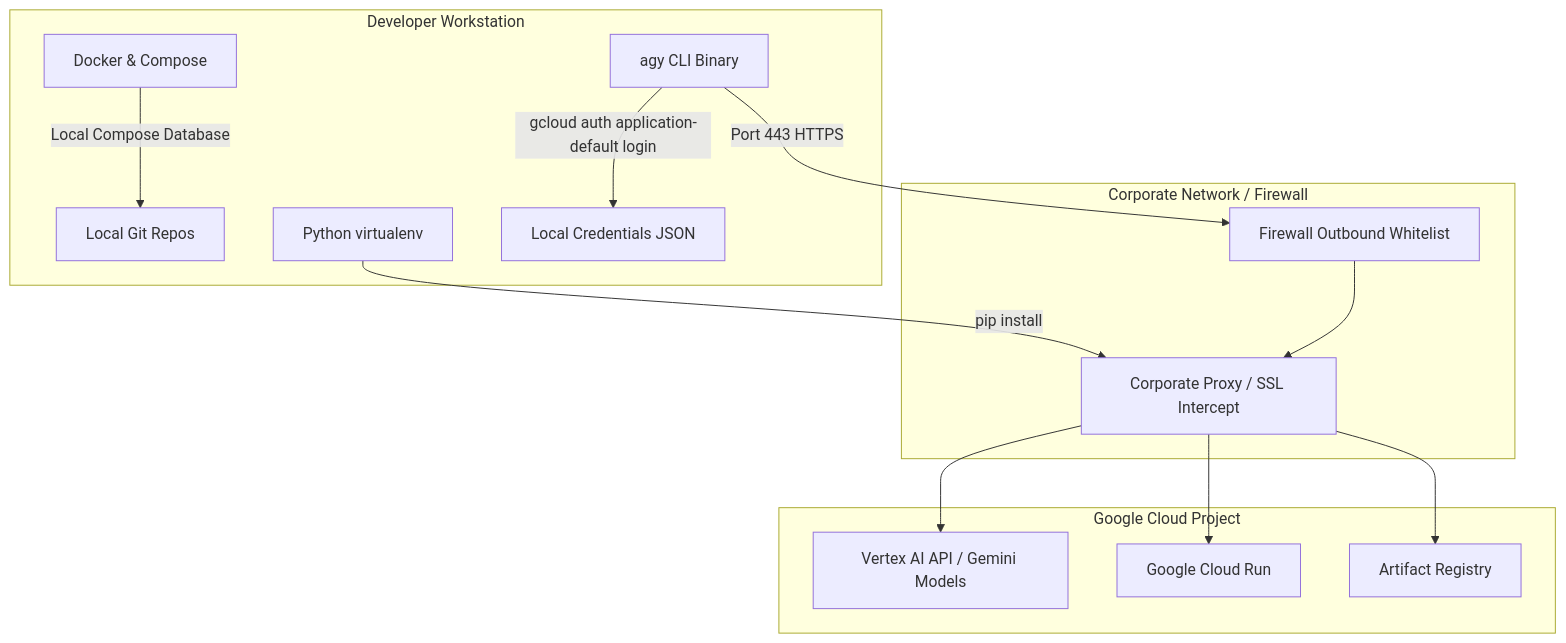
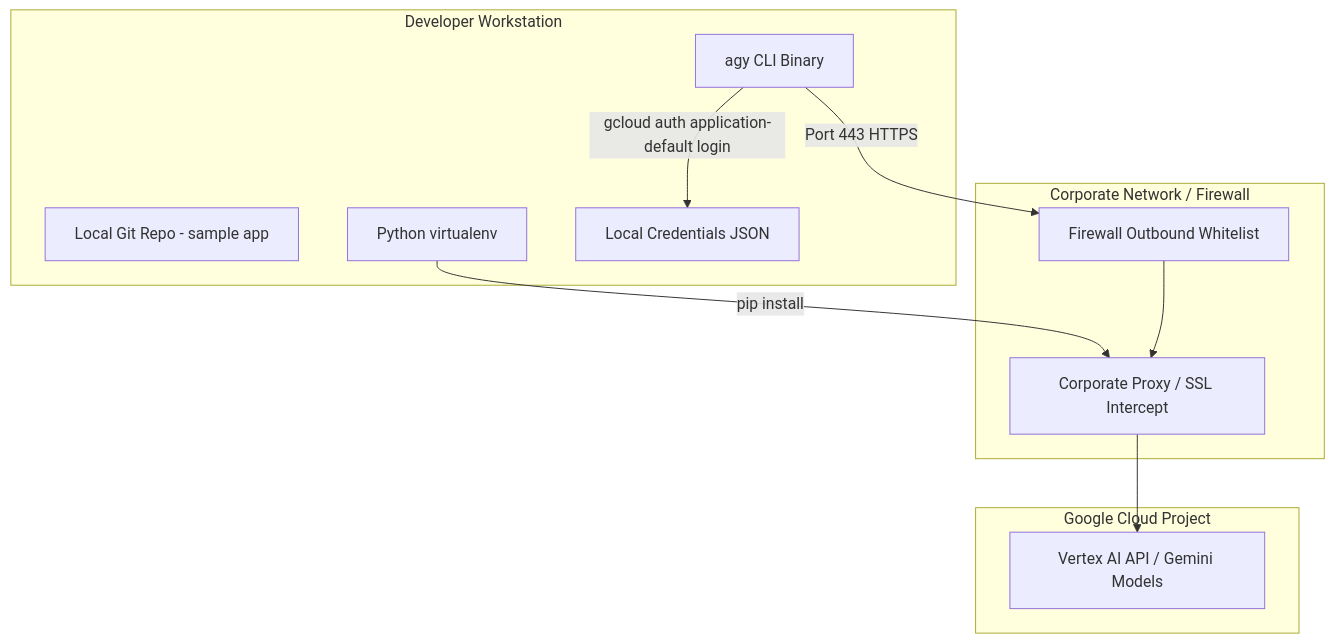
One commit to carlosmscabral/agy-cli-field-workshop changed the diagram in docs/setup-enterprise-admin.md. Above: the diagram before and after it, drawn with Mermaid. The commit also changed other lines of this file and 11 other files, not shown here.

First line of the commit message:
docs: single-repo onboarding — attendees clone only agy-sample-app (#22)

````diff
--- a/docs/setup-enterprise-admin.md
+++ b/docs/setup-enterprise-admin.md
@@ -11,30 +11,24 @@
 ```mermaid
 graph TD
     subgraph Google Cloud Project
         Vertex[Vertex AI API / Gemini Models]
-        CR[Google Cloud Run]
-        AR[Artifact Registry]
     end
 
     subgraph Corporate Network / Firewall
         Proxy[Corporate Proxy / SSL Intercept]
         FW[Firewall Outbound Whitelist]
     end
 
     subgraph Developer Workstation
-        Git[Local Git Repos]
+        Git[Local Git Repo - sample app]
         Venv[Python virtualenv]
-        Docker[Docker & Compose]
         ADC[Local Credentials JSON]
         Agy[agy CLI Binary]
     end
 
     Agy -->|gcloud auth application-default login| ADC
     Agy -->|Port 443 HTTPS| FW
     Venv -->|pip install| Proxy
-    Docker -->|Local Compose Database| Git
     FW --> Proxy
     Proxy --> Vertex
-    Proxy --> CR
-    Proxy --> AR
 ```
````
